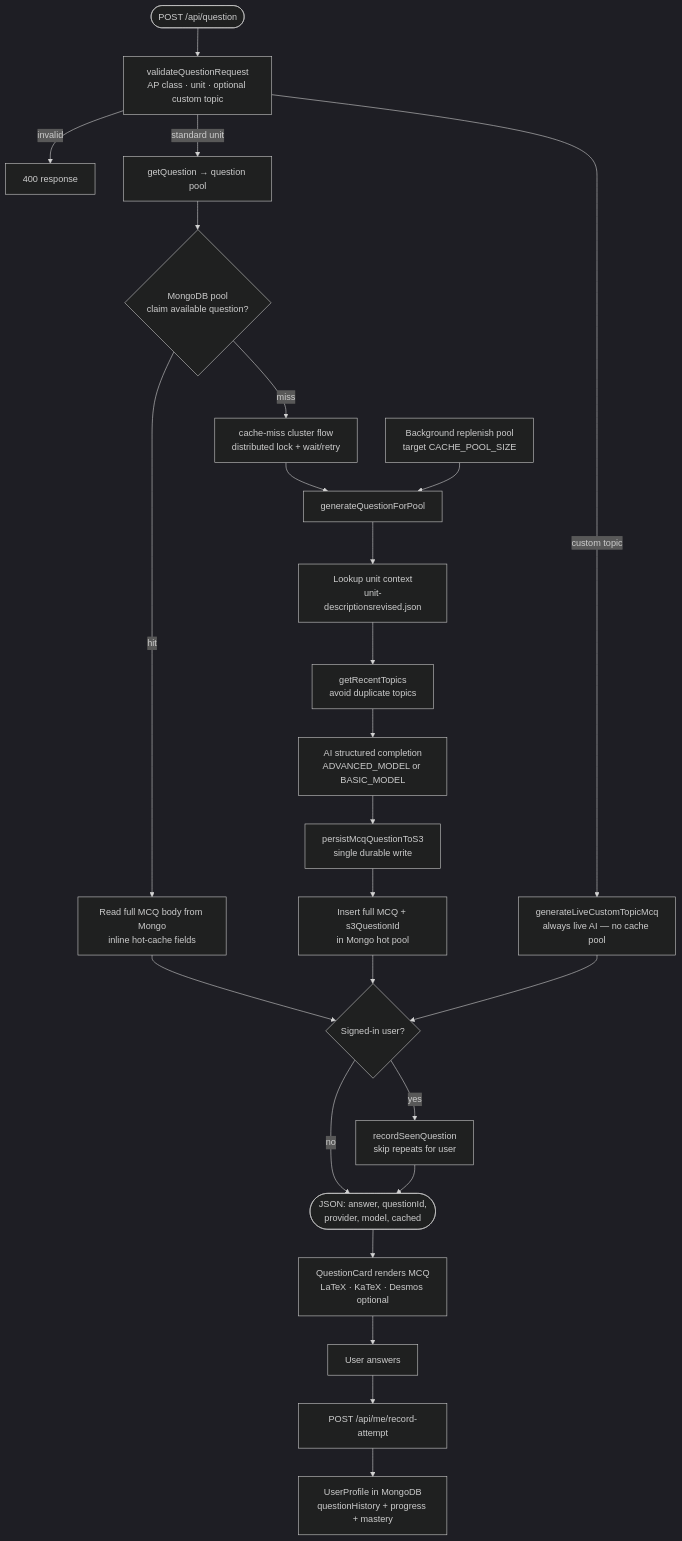
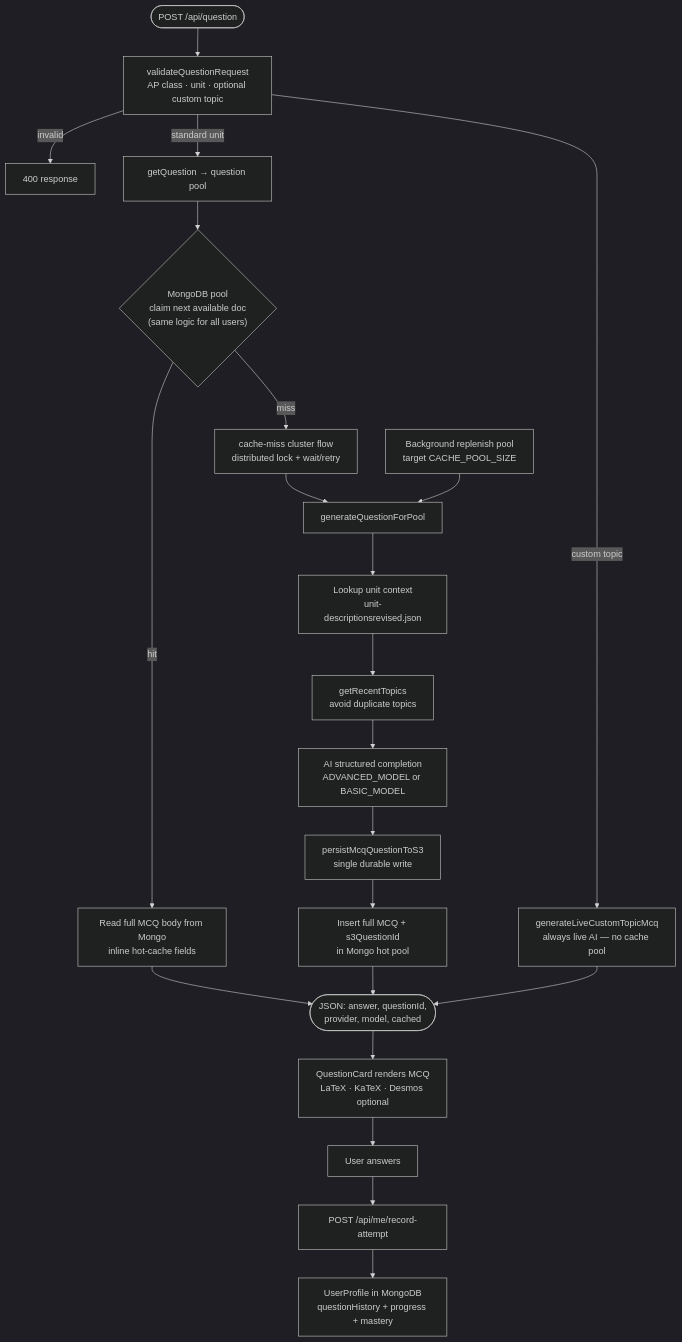
The fourth of 7 diagrams in docs/architecture.md (5cisummai/freeappractice), drawn with Mermaid (dark theme) before and after one commit. The commit also changed other lines of this file and 13 other files, not shown here.

````diff
--- a/docs/architecture.md
+++ b/docs/architecture.md
@@ -150,31 +156,28 @@
 ```mermaid
 flowchart TD
     Start(["POST /api/question"]) --> Validate["validateQuestionRequest<br/>AP class · unit · optional custom topic"]
     Validate -->|invalid| Err400["400 response"]
     Validate -->|custom topic| Live["generateLiveCustomTopicMcq<br/>always live AI — no cache pool"]
     Validate -->|standard unit| Pool["getQuestion → question pool"]
 
-    Pool --> Claim{"MongoDB pool<br/>claim available question?"}
+    Pool --> Claim{"MongoDB pool<br/>claim next available doc<br/>(same logic for all users)"}
     Claim -->|hit| LoadInline["Read full MCQ body from Mongo<br/>inline hot-cache fields"]
     Claim -->|miss| MissFlow["cache-miss cluster flow<br/>distributed lock + wait/retry"]
     MissFlow --> GenPool["generateQuestionForPool"]
 
     Replenish["Background replenish pool<br/>target CACHE_POOL_SIZE"] --> GenPool
     GenPool --> UnitCtx["Lookup unit context<br/>unit-descriptionsrevised.json"]
     UnitCtx --> Recent["getRecentTopics<br/>avoid duplicate topics"]
     Recent --> AI["AI structured completion<br/>ADVANCED_MODEL or BASIC_MODEL"]
     AI --> S3Write["persistMcqQuestionToS3<br/>single durable write"]
     S3Write --> HotDoc["Insert full MCQ + s3QuestionId<br/>in Mongo hot pool"]
 
-    LoadInline --> Seen{"Signed-in user?"}
-    HotDoc --> Seen
-    Live --> Seen
-    Seen -->|yes| SeenDB["recordSeenQuestion<br/>skip repeats for user"]
-    Seen -->|no| Return
-    SeenDB --> Return(["JSON: answer, questionId,<br/>provider, model, cached"])
+    LoadInline --> Return(["JSON: answer, questionId,<br/>provider, model, cached"])
+    HotDoc --> Return
+    Live --> Return
 
     Return --> UI["QuestionCard renders MCQ<br/>LaTeX · KaTeX · Desmos optional"]
     UI --> Attempt["User answers"]
     Attempt --> Record["POST /api/me/record-attempt"]
     Record --> Profile["UserProfile in MongoDB<br/>questionHistory + progress + mastery"]
 ```
````
